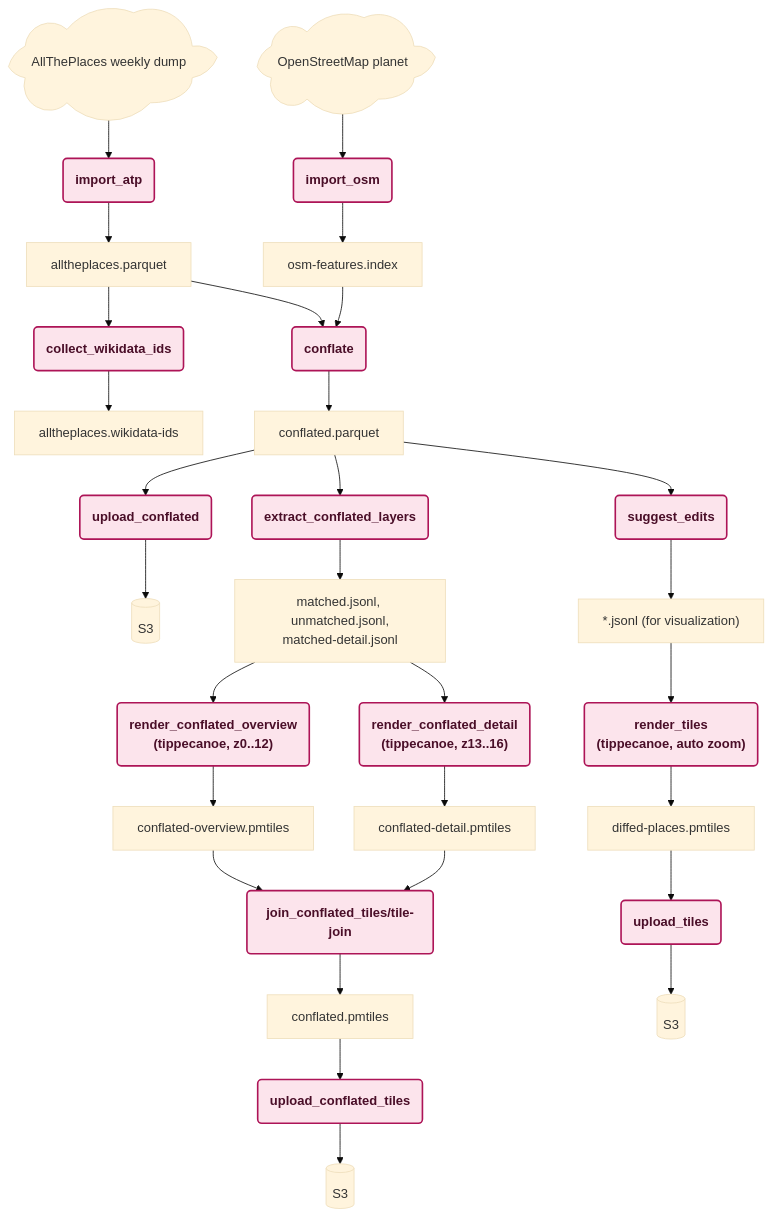
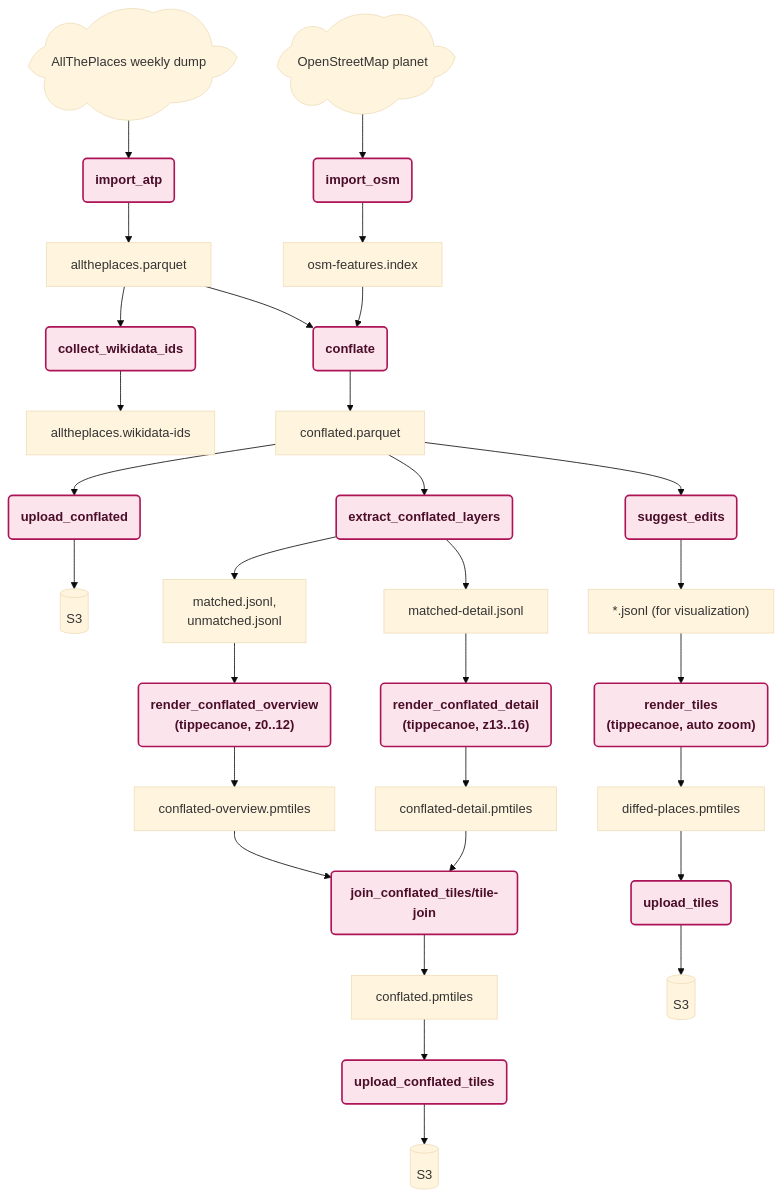
One commit to alltheplaces/osm-diffs changed the diagram in docs/TECHNICAL_DESIGN.md. Above: the diagram before and after it, drawn with Mermaid (base theme).

Commit message:
docs: split the diagram's combined-outputs box into overview/detail
extract_conflated_layers's three output files were drawn as one box
listing all three filenames together, which lost the point of this
PR's own diagram change: which files feed render_conflated_overview
vs render_conflated_detail. Two boxes now, one per pass, each with an
edge straight from extract_conflated_layers.

Claude-Session: https://claude.ai/code/session_012a2RALc5Y8zDGwoDEWapF4

````diff
--- a/docs/TECHNICAL_DESIGN.md
+++ b/docs/TECHNICAL_DESIGN.md
@@ -177,30 +177,32 @@
 ```mermaid
 graph TD
     ATP_SRC@{ shape: cloud, label: "AllThePlaces weekly dump" }
     OSM_SRC@{ shape: cloud, label: "OpenStreetMap planet" }
 
     ATP_SRC --> IMPORT_ATP(import_atp) --> ATP_PARQUET[alltheplaces.parquet]
     ATP_PARQUET --> COLLECT_WIKI(collect_wikidata_ids) --> WIKIDATA[alltheplaces.wikidata-ids]
 
     OSM_SRC --> IMPORT_OSM(import_osm) --> OSM_INDEX[osm-features.index]
 
     ATP_PARQUET --> CONFLATE(conflate)
     OSM_INDEX --> CONFLATE
     CONFLATE --> CONFLATED[conflated.parquet]
     CONFLATED --> UPLOAD_CONFLATED(upload_conflated) --> S3A[(S3)]
 
-    CONFLATED --> EXTRACT_CONFLATED_LAYERS(extract_conflated_layers) --> CONFLATED_LAYERS["matched.jsonl, unmatched.jsonl,<br/>matched-detail.jsonl"]
-    CONFLATED_LAYERS --> RENDER_CONFLATED_OVERVIEW("render_conflated_overview<br/>(tippecanoe, z0..12)") --> OVERVIEW_PMTILES[conflated-overview.pmtiles]
-    CONFLATED_LAYERS --> RENDER_CONFLATED_DETAIL("render_conflated_detail<br/>(tippecanoe, z13..16)") --> DETAIL_PMTILES[conflated-detail.pmtiles]
+    CONFLATED --> EXTRACT_CONFLATED_LAYERS(extract_conflated_layers)
+    EXTRACT_CONFLATED_LAYERS --> OVERVIEW_LAYERS["matched.jsonl,<br/>unmatched.jsonl"]
+    EXTRACT_CONFLATED_LAYERS --> DETAIL_LAYER[matched-detail.jsonl]
+    OVERVIEW_LAYERS --> RENDER_CONFLATED_OVERVIEW("render_conflated_overview<br/>(tippecanoe, z0..12)") --> OVERVIEW_PMTILES[conflated-overview.pmtiles]
+    DETAIL_LAYER --> RENDER_CONFLATED_DETAIL("render_conflated_detail<br/>(tippecanoe, z13..16)") --> DETAIL_PMTILES[conflated-detail.pmtiles]
     OVERVIEW_PMTILES --> JOIN_CONFLATED_TILES(join_conflated_tiles/tile-join)
     DETAIL_PMTILES --> JOIN_CONFLATED_TILES
     JOIN_CONFLATED_TILES --> CONFLATED_PMTILES[conflated.pmtiles]
     CONFLATED_PMTILES --> UPLOAD_CONFLATED_TILES(upload_conflated_tiles) --> S3C[(S3)]
 
     CONFLATED --> SUGGEST_EDITS(suggest_edits) --> LAYERS["*.jsonl (for visualization)"]
     LAYERS --> RENDER_TILES("render_tiles<br/>(tippecanoe, auto zoom)") --> PMTILES[diffed-places.pmtiles]
     PMTILES --> UPLOAD_TILES(upload_tiles) --> S3B[(S3)]
 
     classDef process fill:#fce4ec,stroke:#ad1457,stroke-width:2px,color:#4a0e28,font-weight:bold;
     class IMPORT_ATP,COLLECT_WIKI,IMPORT_OSM,CONFLATE,UPLOAD_CONFLATED,EXTRACT_CONFLATED_LAYERS,RENDER_CONFLATED_OVERVIEW,RENDER_CONFLATED_DETAIL,JOIN_CONFLATED_TILES,UPLOAD_CONFLATED_TILES,SUGGEST_EDITS,RENDER_TILES,UPLOAD_TILES process;
 ```
````
